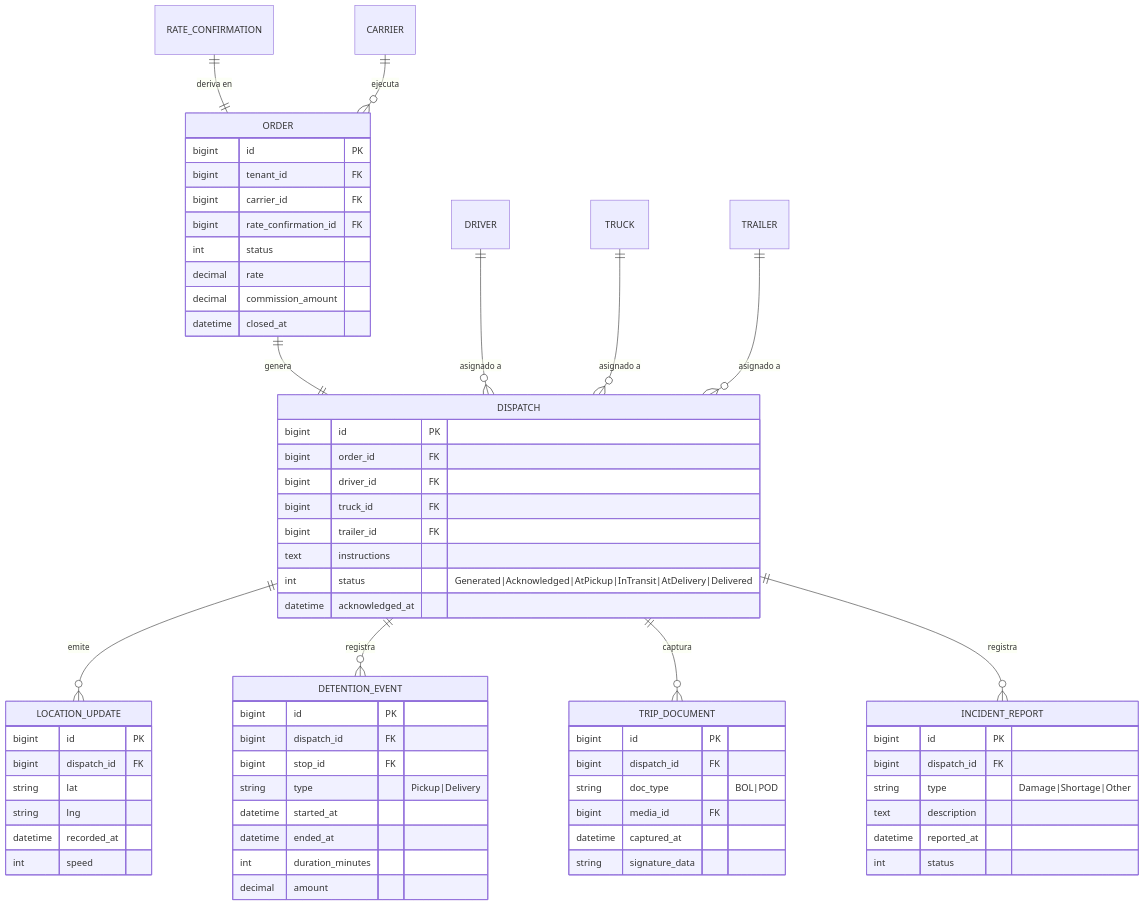
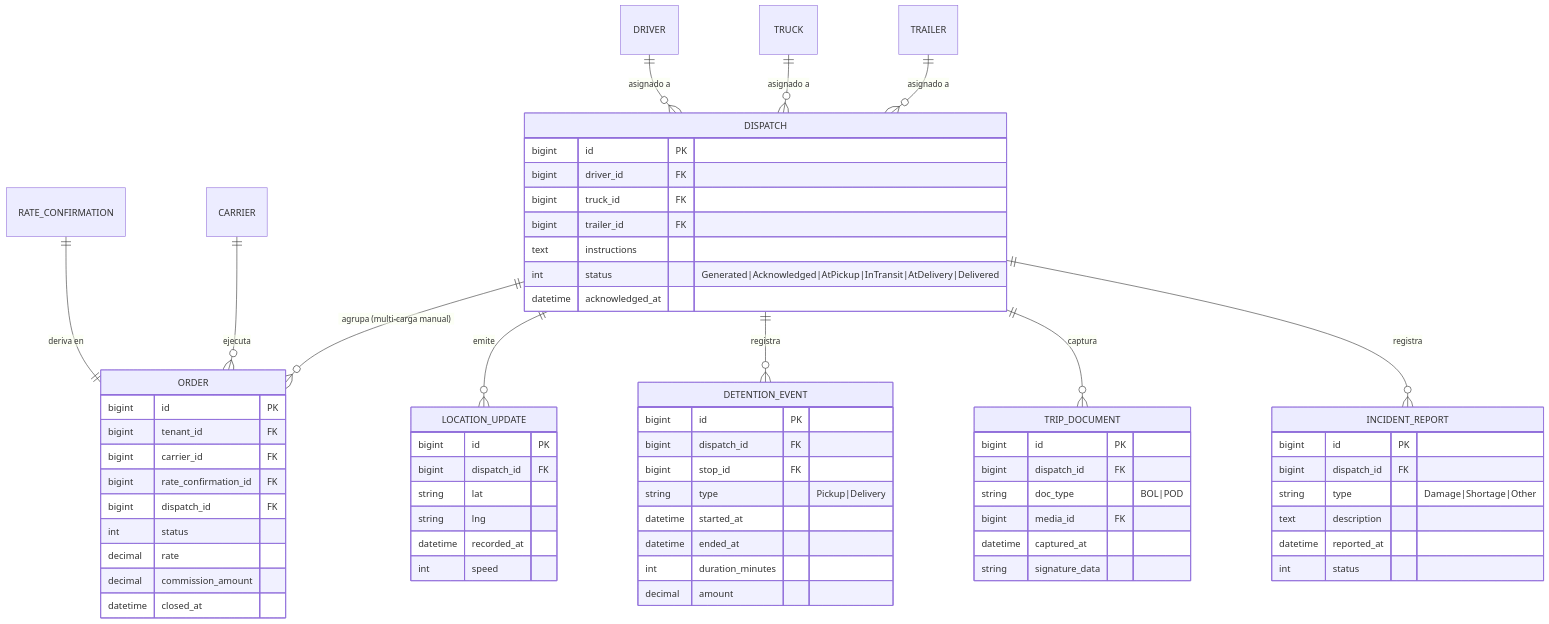
Before and after one commit to linogarciavallejo/truckers-corner-docs: the third of 4 diagrams in data-model/data-model.md, drawn with Mermaid. The commit also changed other lines of this file and 1 other file, not shown here.

````diff
--- a/data-model/data-model.md
+++ b/data-model/data-model.md
@@ -224,68 +233,68 @@
 ```mermaid
 erDiagram
   RATE_CONFIRMATION ||--|| ORDER : "deriva en"
   CARRIER ||--o{ ORDER : "ejecuta"
-  ORDER ||--|| DISPATCH : "genera"
+  DISPATCH ||--o{ ORDER : "agrupa (multi-carga manual)"
   DRIVER  ||--o{ DISPATCH : "asignado a"
   TRUCK   ||--o{ DISPATCH : "asignado a"
   TRAILER ||--o{ DISPATCH : "asignado a"
   DISPATCH ||--o{ LOCATION_UPDATE : "emite"
   DISPATCH ||--o{ DETENTION_EVENT : "registra"
   DISPATCH ||--o{ TRIP_DOCUMENT : "captura"
   DISPATCH ||--o{ INCIDENT_REPORT : "registra"
 
   ORDER {
     bigint id PK
     bigint tenant_id FK
     bigint carrier_id FK
     bigint rate_confirmation_id FK
+    bigint dispatch_id FK
     int status
     decimal rate
     decimal commission_amount
     datetime closed_at
   }
   DISPATCH {
     bigint id PK
-    bigint order_id FK
     bigint driver_id FK
     bigint truck_id FK
     bigint trailer_id FK
     text instructions
     int status "Generated|Acknowledged|AtPickup|InTransit|AtDelivery|Delivered"
     datetime acknowledged_at
   }
   LOCATION_UPDATE {
     bigint id PK
     bigint dispatch_id FK
     string lat
     string lng
     datetime recorded_at
     int speed
   }
   DETENTION_EVENT {
     bigint id PK
     bigint dispatch_id FK
     bigint stop_id FK
     string type "Pickup|Delivery"
     datetime started_at
     datetime ended_at
     int duration_minutes
     decimal amount
   }
   TRIP_DOCUMENT {
     bigint id PK
     bigint dispatch_id FK
     string doc_type "BOL|POD"
     bigint media_id FK
     datetime captured_at
     string signature_data
   }
   INCIDENT_REPORT {
     bigint id PK
     bigint dispatch_id FK
     string type "Damage|Shortage|Other"
     text description
     datetime reported_at
     int status
   }
 ```
````
